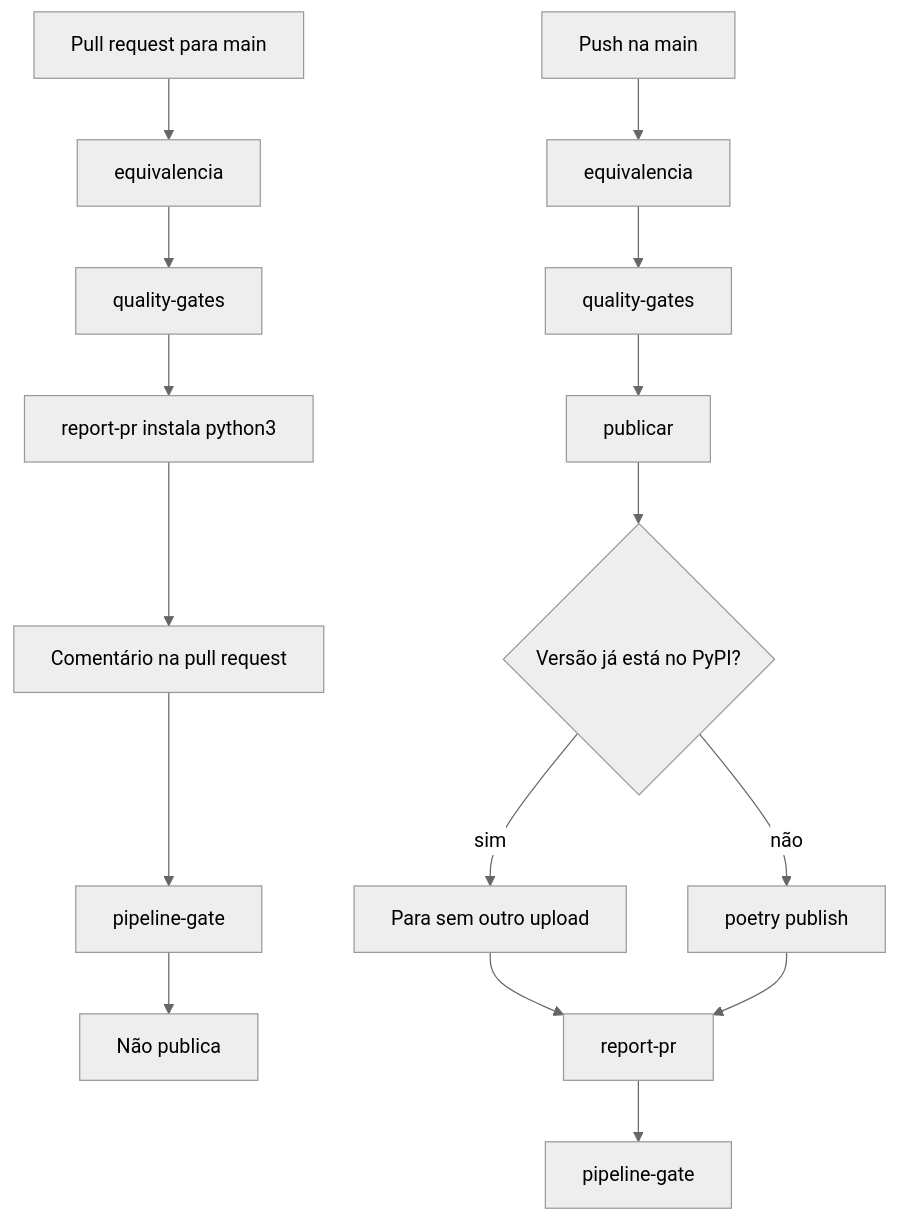
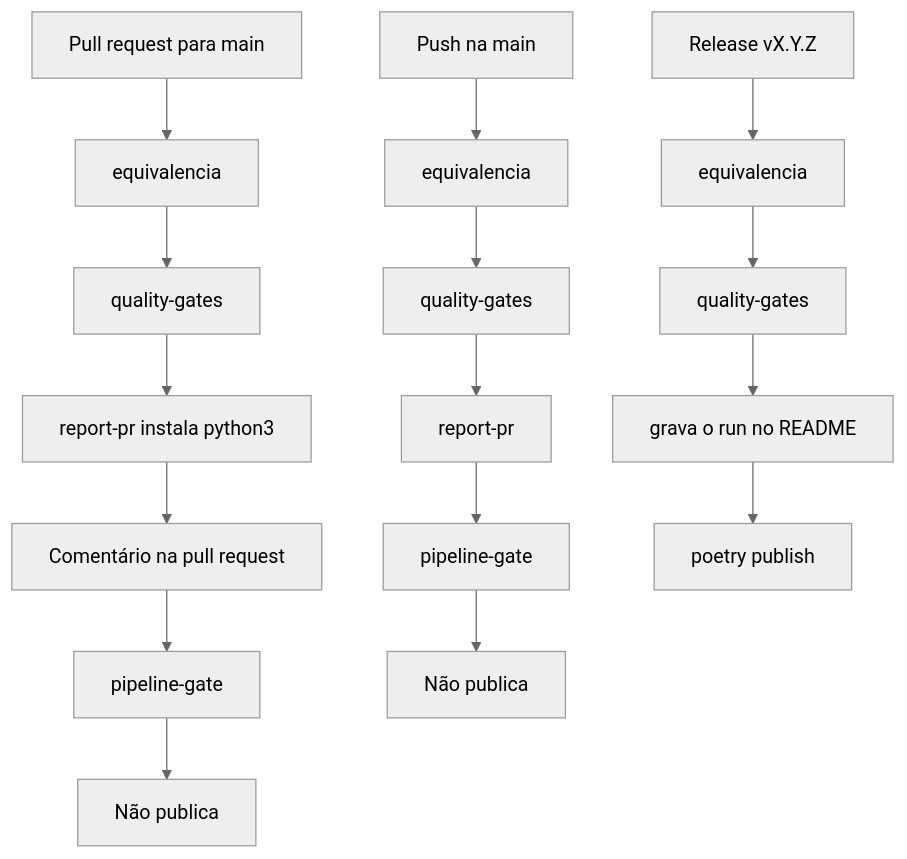
Before and after one commit to garusocruz/calculadora-rtc-simples-nacional: the first of 3 diagrams in docs/publicacao-flow.md, drawn with Mermaid (neutral theme). The commit also changed other lines of this file and 11 other files, not shown here.

First line of the commit message:
fix: sobe a versão para 0.3.2 (#5)

````diff
--- a/docs/publicacao-flow.md
+++ b/docs/publicacao-flow.md
@@ -7,18 +7,18 @@
 ```mermaid
 flowchart TD
   pr[Pull request para main] --> equiv[equivalencia]
   equiv --> qg[quality-gates]
   qg --> py[report-pr instala python3]
   py --> comentario[Comentário na pull request]
   comentario --> gate[pipeline-gate]
   gate --> fimPr[Não publica]
   main[Push na main] --> equivMain[equivalencia]
   equivMain --> qgMain[quality-gates]
-  qgMain --> publicar[publicar]
-  publicar --> jaTem{Versão já está no PyPI?}
-  jaTem -->|sim| para[Para sem outro upload]
-  jaTem -->|não| pypi[poetry publish]
-  para --> comentarioMain[report-pr]
-  pypi --> comentarioMain
+  qgMain --> comentarioMain[report-pr]
   comentarioMain --> gateMain[pipeline-gate]
+  gateMain --> fimMain[Não publica]
+  rel[Release vX.Y.Z] --> equivRel[equivalencia]
+  equivRel --> qgRel[quality-gates]
+  qgRel --> readme[grava o run no README]
+  readme --> pypi[poetry publish]
 ```
````
